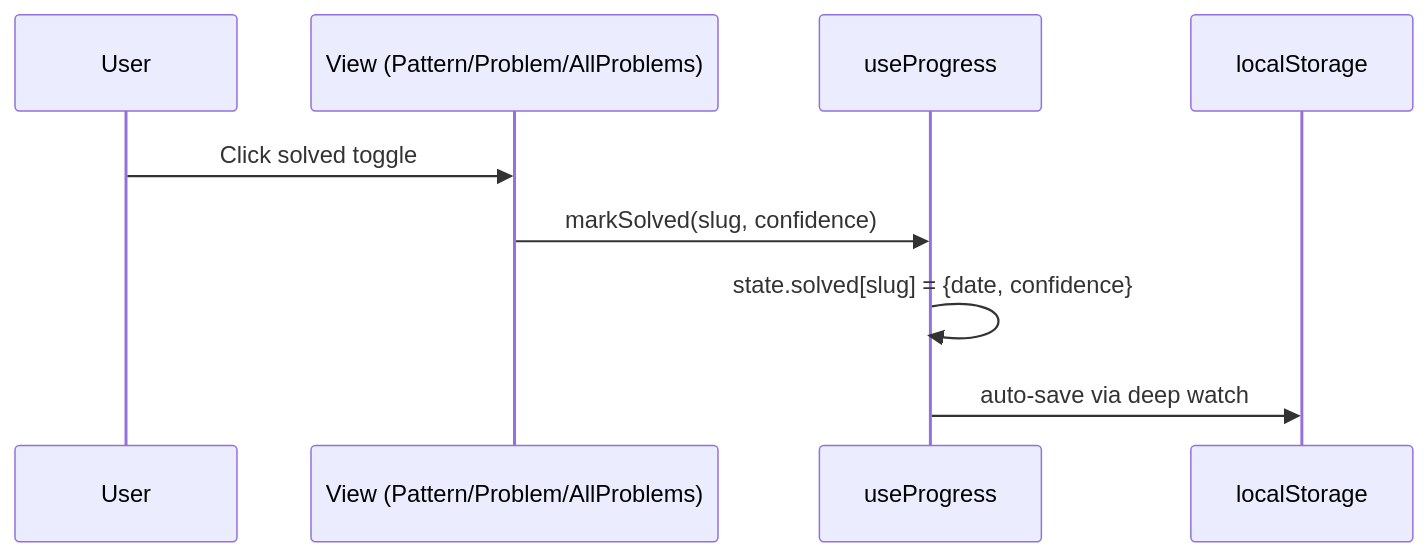
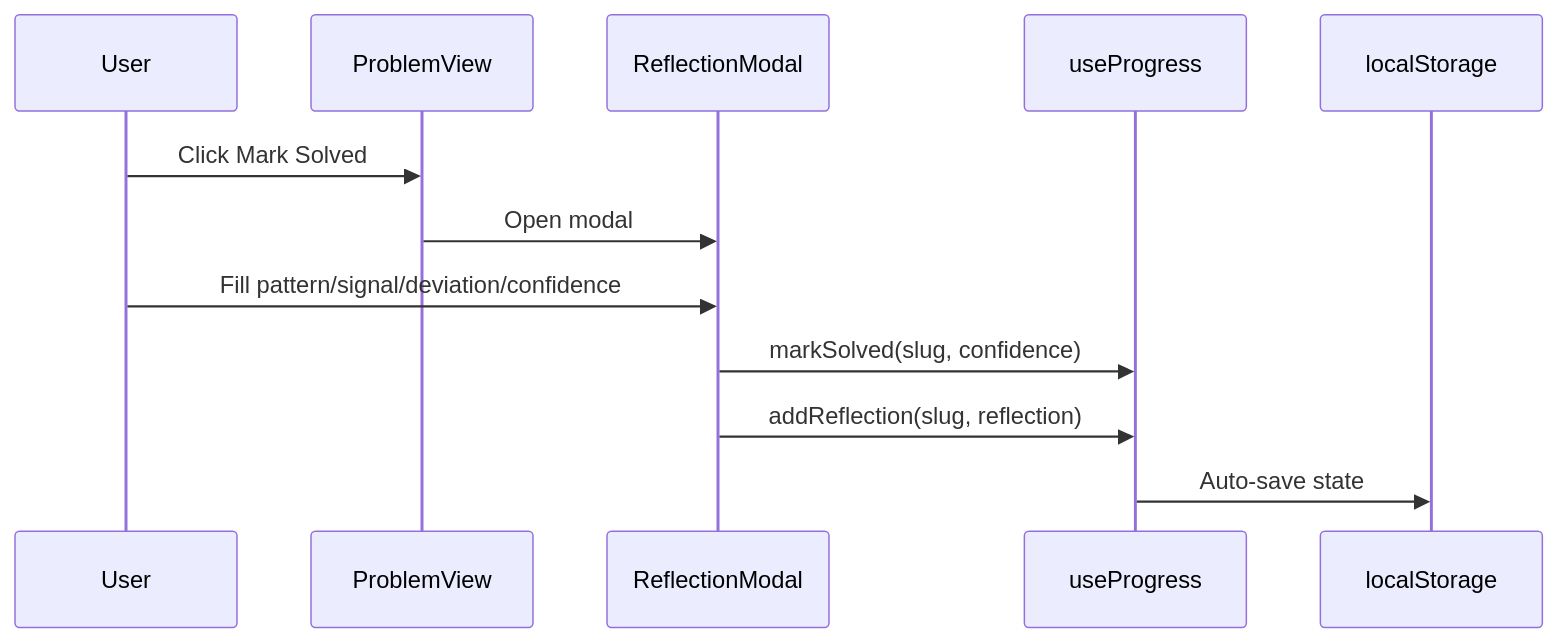
The third of 4 diagrams in frontend/README.md (Chaitanya31612/dsa-pattern-learn-app), drawn with Mermaid before and after one commit. The commit also changed other lines of this file and 1 other file, not shown here.

````diff
--- a/frontend/README.md
+++ b/frontend/README.md
@@ -216,12 +198,15 @@
 ```mermaid
 sequenceDiagram
-    participant U as User
-    participant V as View (Pattern/Problem/AllProblems)
-    participant P as useProgress
-    participant LS as localStorage
+  participant U as User
+  participant PV as ProblemView
+  participant RM as ReflectionModal
+  participant PR as useProgress
+  participant LS as localStorage
 
-    U->>V: Click solved toggle
-    V->>P: markSolved(slug, confidence)
-    P->>P: state.solved[slug] = {date, confidence}
-    P->>LS: auto-save via deep watch
+  U->>PV: Click Mark Solved
+  PV->>RM: Open modal
+  U->>RM: Fill pattern/signal/deviation/confidence
+  RM->>PR: markSolved(slug, confidence)
+  RM->>PR: addReflection(slug, reflection)
+  PR->>LS: Auto-save state
 ```
````
